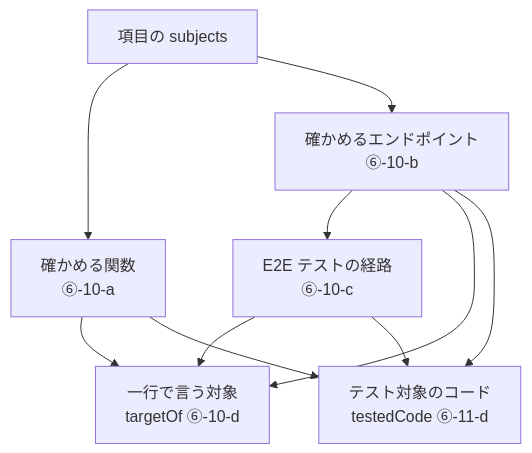
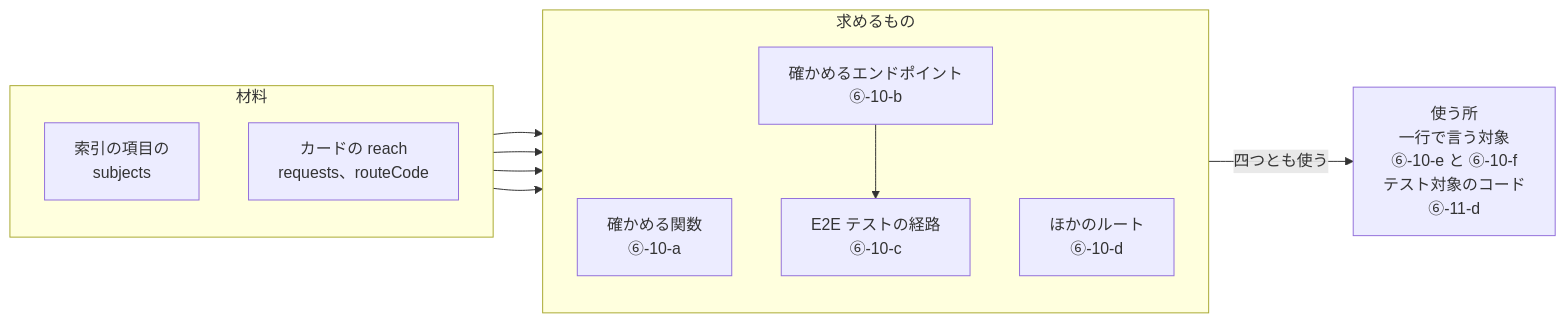
Diagram 30 of 42 in apps/tests/docs/06-viewer.md (maronnjapan/maronn-openid-connect), drawn with Mermaid before and after one commit. The commit also changed other lines of this file and 11 other files, not shown here.

````diff
--- a/apps/tests/docs/06-viewer.md
+++ b/apps/tests/docs/06-viewer.md
@@ -1478,18 +2247,22 @@
 ```mermaid
-flowchart TB
-  S["項目の subjects"]
-  F["確かめる関数<br/>⑥-10-a"]
-  E["確かめるエンドポイント<br/>⑥-10-b"]
-  R["E2E テストの経路<br/>⑥-10-c"]
-  T["一行で言う対象<br/>targetOf ⑥-10-d"]
-  C["テスト対象のコード<br/>testedCode ⑥-11-d"]
+flowchart LR
+  subgraph IN["材料"]
+    direction TB
+    S["索引の項目の<br/>subjects"]
+    CARD["カードの reach<br/>requests、routeCode"]
+  end
+  subgraph FOUND["求めるもの"]
+    direction TB
+    F["確かめる関数<br/>⑥-10-a"]
+    E["確かめるエンドポイント<br/>⑥-10-b"]
+    R["E2E テストの経路<br/>⑥-10-c"]
+    O["ほかのルート<br/>⑥-10-d"]
+  end
+  USE["使う所<br/>一行で言う対象<br/>⑥-10-e と ⑥-10-f<br/>テスト対象のコード<br/>⑥-11-d"]
   S --> F
   S --> E
   E --> R
-  F --> T
-  E --> T
-  R --> T
-  F --> C
-  E --> C
-  R --> C
+  CARD --> R
+  CARD --> O
+  FOUND -->|"四つとも使う"| USE
 ```
````
